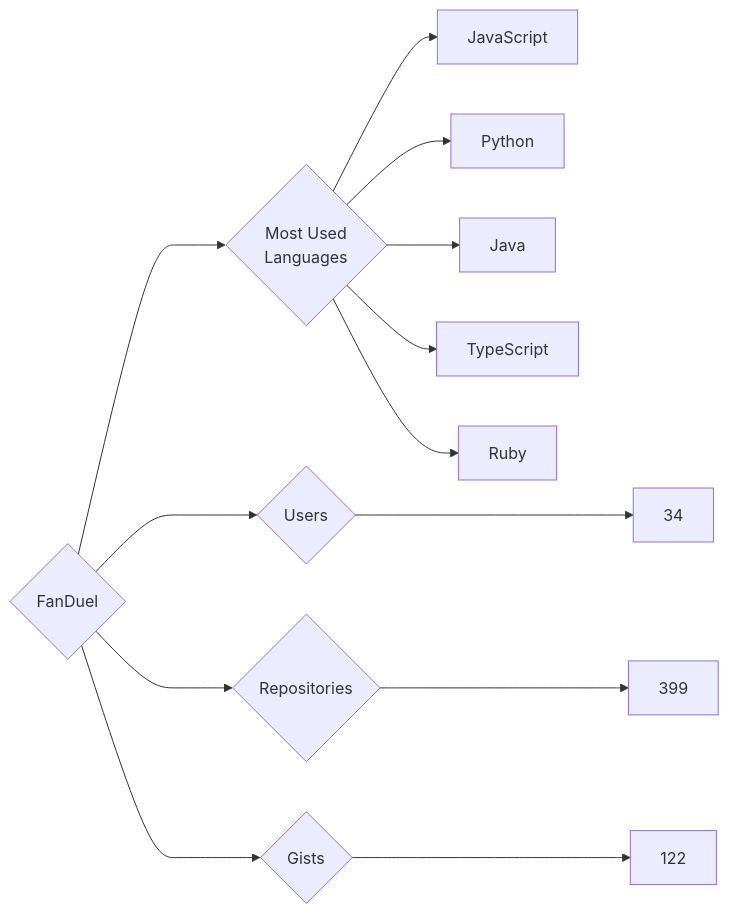
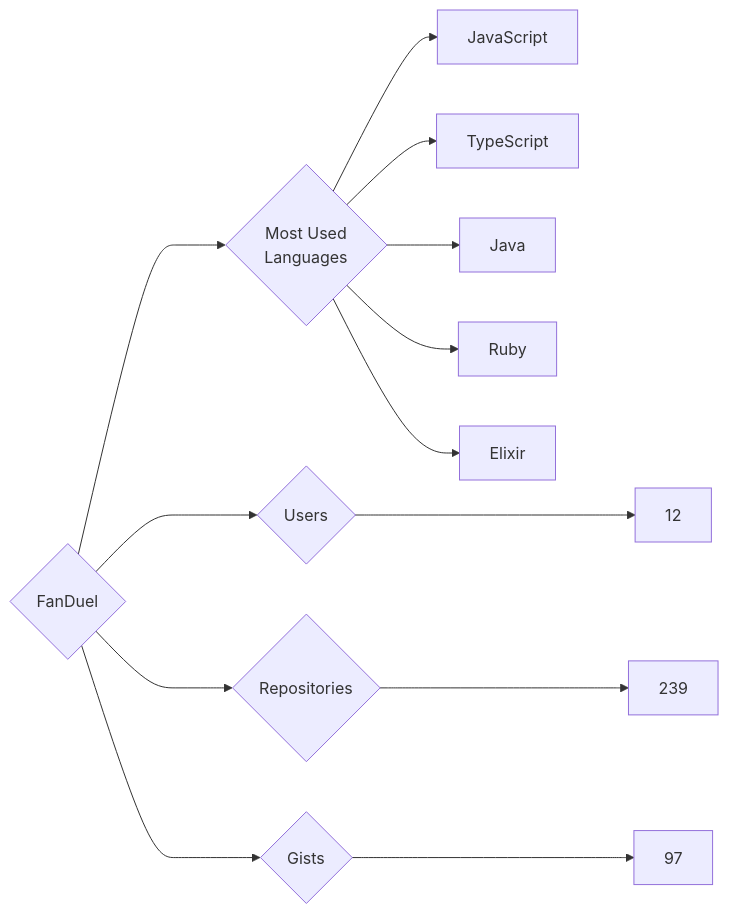
Before and after one commit to trickest/insiders: the diagram in targets/FanDuel/README.md, drawn with Mermaid. The commit also changed 965 other files, not shown here.

````diff
--- a/targets/FanDuel/README.md
+++ b/targets/FanDuel/README.md
@@ -3,13 +3,13 @@
 ```mermaid
 graph LR
 COMPANY_NAME{FanDuel}
-COMPANY_NAME ---> U{Users} ---> UN[34]
-COMPANY_NAME ---> R{Repositories} ---> RN[399]
-COMPANY_NAME ---> G{Gists} ---> GN[122]
+COMPANY_NAME ---> U{Users} ---> UN[12]
+COMPANY_NAME ---> R{Repositories} ---> RN[239]
+COMPANY_NAME ---> G{Gists} ---> GN[97]
 COMPANY_NAME ---> ML{Most Used<br>Languages}
 ML --> JavaScript[JavaScript]
-ML --> Python[Python]
+ML --> TypeScript[TypeScript]
 ML --> Java[Java]
-ML --> TypeScript[TypeScript]
 ML --> Ruby[Ruby]
+ML --> Elixir[Elixir]
 ```
````
